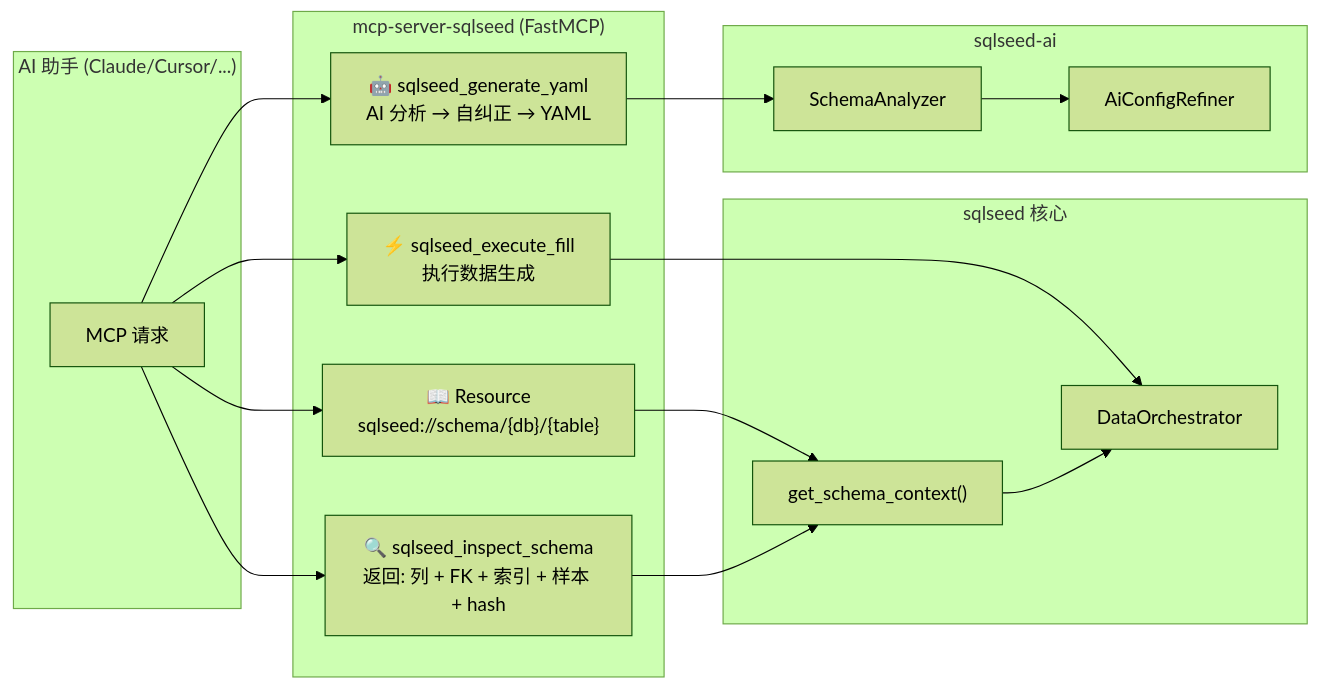
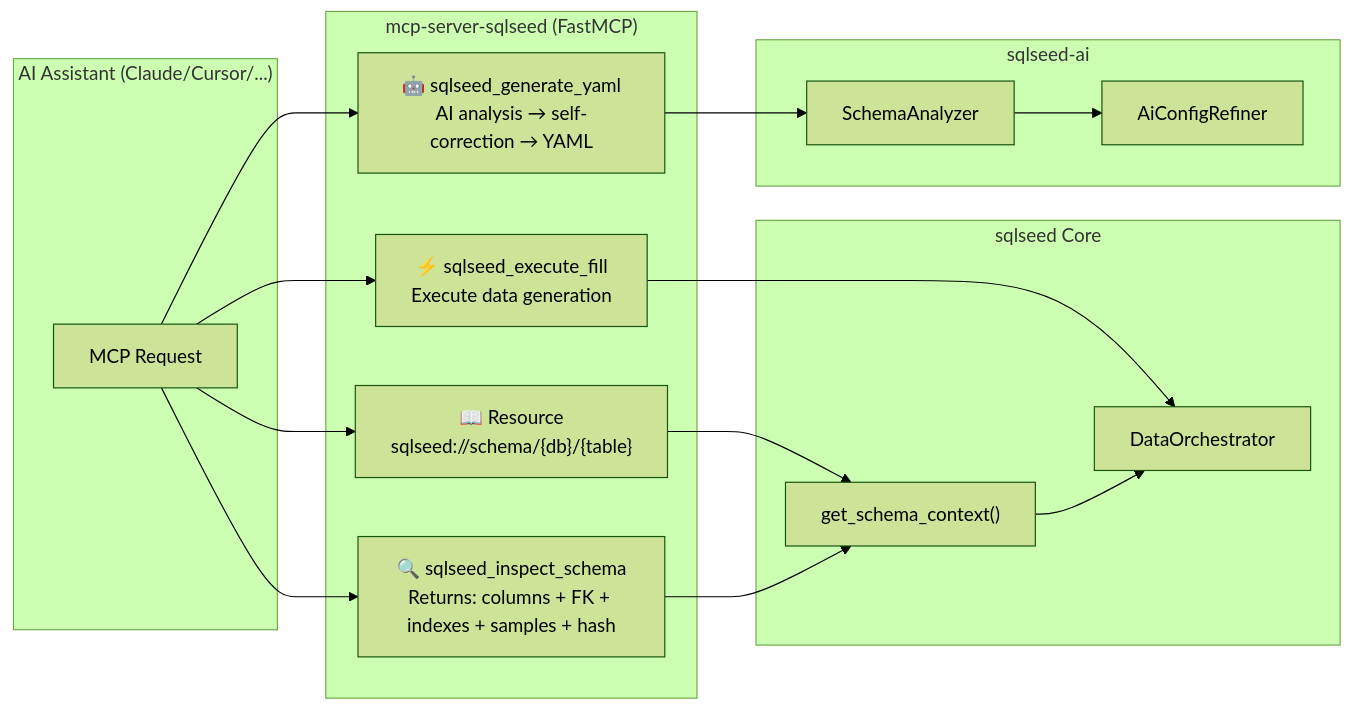
The tenth of 10 diagrams in docs/architecture.md (sunbos/sqlseed), drawn with Mermaid (forest theme) before and after one commit. The commit also changed other lines of this file and 23 other files, not shown here.

````diff
--- a/docs/architecture.md
+++ b/docs/architecture.md
@@ -609,35 +616,35 @@
 ```mermaid
 flowchart LR
-    subgraph Client["AI 助手 (Claude/Cursor/...)"]
-        Request["MCP 请求"]
+    subgraph Client["AI Assistant (Claude/Cursor/...)"]
+        Request["MCP Request"]
     end
 
     subgraph MCPServer["mcp-server-sqlseed (FastMCP)"]
         Resource["📖 Resource<br/>sqlseed://schema/{db}/{table}"]
-        Tool1["🔍 sqlseed_inspect_schema<br/>返回: 列 + FK + 索引 + 样本 + hash"]
-        Tool2["🤖 sqlseed_generate_yaml<br/>AI 分析 → 自纠正 → YAML"]
-        Tool3["⚡ sqlseed_execute_fill<br/>执行数据生成"]
+        Tool1["🔍 sqlseed_inspect_schema<br/>Returns: columns + FK + indexes + samples + hash"]
+        Tool2["🤖 sqlseed_generate_yaml<br/>AI analysis → self-correction → YAML"]
+        Tool3["⚡ sqlseed_execute_fill<br/>Execute data generation"]
     end
 
-    subgraph SQLSeed["sqlseed 核心"]
+    subgraph SQLSeed["sqlseed Core"]
         Orchestrator["DataOrchestrator"]
         SchemaCtx["get_schema_context()"]
     end
 
     subgraph AIPlugin["sqlseed-ai"]
         SA["SchemaAnalyzer"]
         ACR["AiConfigRefiner"]
     end
 
     Request --> Resource
     Request --> Tool1
     Request --> Tool2
     Request --> Tool3
 
     Resource --> SchemaCtx
     Tool1 --> SchemaCtx
     Tool2 --> SA --> ACR
     Tool3 --> Orchestrator
 
     SchemaCtx --> Orchestrator
 ```
````
